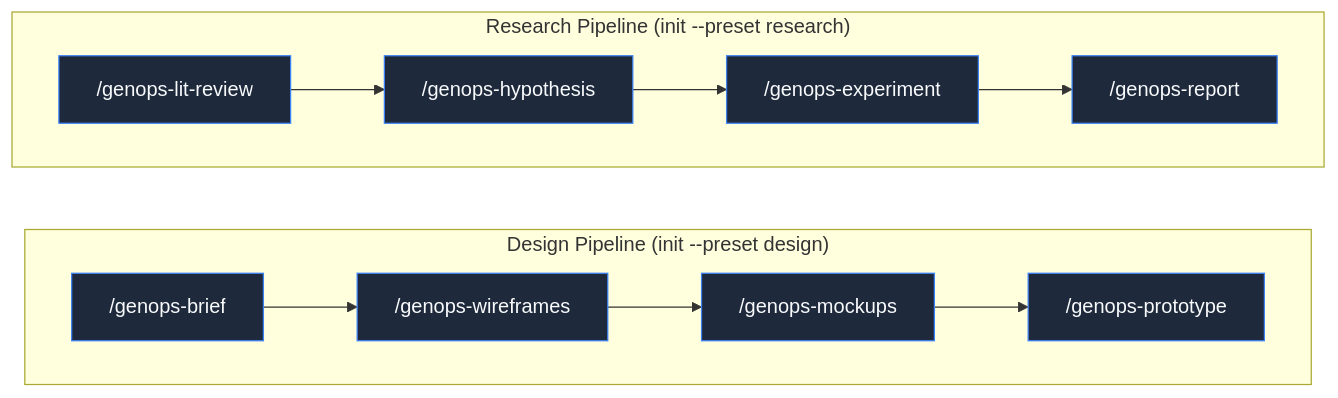
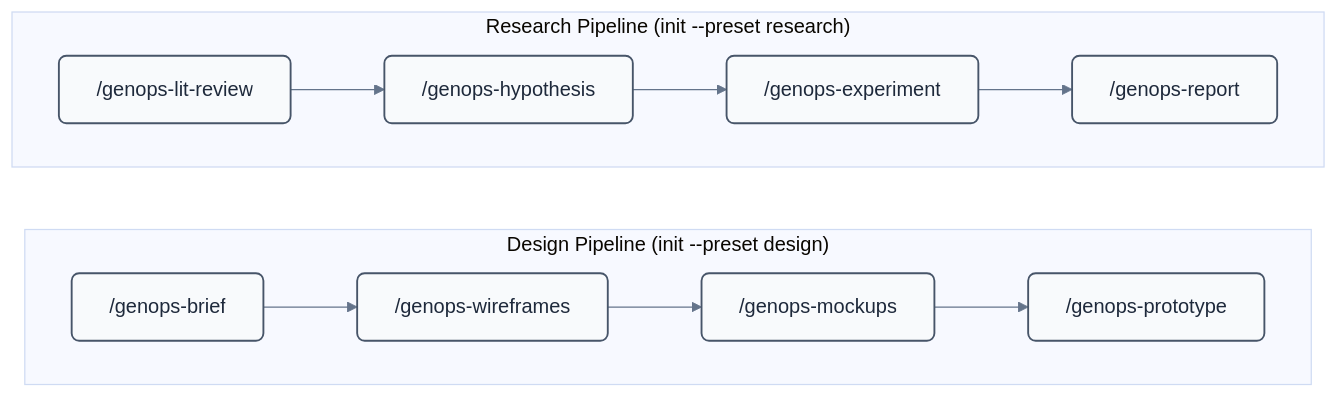
The eighth of 8 diagrams in docs/guides/USE_CASES_AND_WORKFLOWS.md (seismael/GenOps), drawn with Mermaid before and after one commit. The commit also changed other lines of this file and 2 other files, not shown here.

Commit message:
docs: establish ContextOps architecture with RFC-001 and documentation for usage workflows and project overview.

````diff
--- a/docs/guides/USE_CASES_AND_WORKFLOWS.md
+++ b/docs/guides/USE_CASES_AND_WORKFLOWS.md
@@ -249,15 +262,16 @@
 ```mermaid
+%%{init: {'theme': 'base', 'themeVariables': { 'fontFamily': 'Inter, system-ui, sans-serif', 'lineColor': '#64748b', 'primaryTextColor': '#0f172a' }}}%%
 flowchart LR
     subgraph Design ["Design Pipeline (init --preset design)"]
         direction LR
         D1["/genops-brief"] --> D2["/genops-wireframes"] --> D3["/genops-mockups"] --> D4["/genops-prototype"]
     end
 
     subgraph Research ["Research Pipeline (init --preset research)"]
         direction LR
         R1["/genops-lit-review"] --> R2["/genops-hypothesis"] --> R3["/genops-experiment"] --> R4["/genops-report"]
     end
 
-    classDef pipeBox fill:#1e293b,stroke:#3b82f6,stroke-width:1px,color:#f8fafc;
+    classDef pipeBox fill:#f8fafc,stroke:#475569,stroke-width:1.5px,color:#1e293b,rx:6px,ry:6px;
     class D1,D2,D3,D4,R1,R2,R3,R4 pipeBox;
 ```
````
